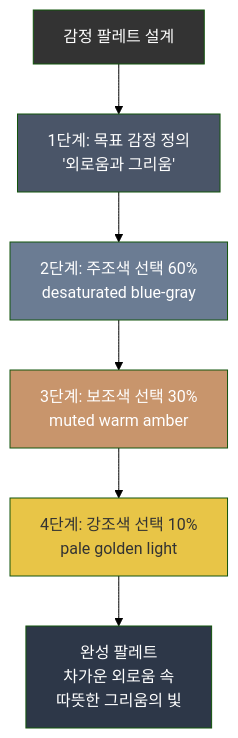
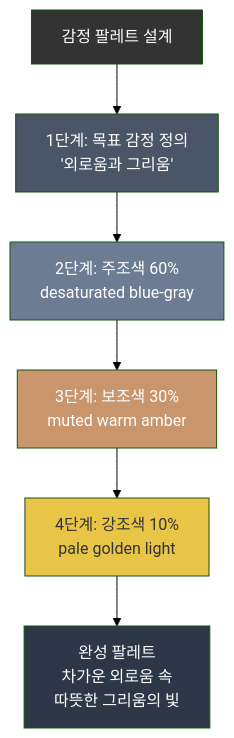
Before and after one commit to jsonpassion/forge-tutorial-promptcanvas: the third of 3 diagrams in 11-ch11-시각적-스토리텔링과-감정-전달/02-02-색채-심리학과-감정-팔레트.md, drawn with Mermaid (forest theme). The commit also changed other lines of this file and 63 other files, not shown here.

````diff
--- a/11-ch11-시각적-스토리텔링과-감정-전달/02-02-색채-심리학과-감정-팔레트.md
+++ b/11-ch11-시각적-스토리텔링과-감정-전달/02-02-색채-심리학과-감정-팔레트.md
@@ -141,15 +110,15 @@
 ```mermaid
 flowchart TD
     START["감정 팔레트 설계"] --> STEP1["1단계: 목표 감정 정의<br/>'외로움과 그리움'"]
-    STEP1 --> STEP2["2단계: 주조색 선택 60%<br/>desaturated blue-gray"]
-    STEP2 --> STEP3["3단계: 보조색 선택 30%<br/>muted warm amber"]
-    STEP3 --> STEP4["4단계: 강조색 선택 10%<br/>pale golden light"]
+    STEP1 --> STEP2["2단계: 주조색 60%<br/>desaturated blue-gray"]
+    STEP2 --> STEP3["3단계: 보조색 30%<br/>muted warm amber"]
+    STEP3 --> STEP4["4단계: 강조색 10%<br/>pale golden light"]
     STEP4 --> RESULT["완성 팔레트<br/>차가운 외로움 속<br/>따뜻한 그리움의 빛"]
 
     style START fill:#333,color:#fff
     style STEP1 fill:#4A5568,color:#fff
     style STEP2 fill:#6B7C93,color:#fff
     style STEP3 fill:#C8956C,color:#fff
     style STEP4 fill:#E8C547,color:#333
     style RESULT fill:#2D3748,color:#fff
 ```
````
